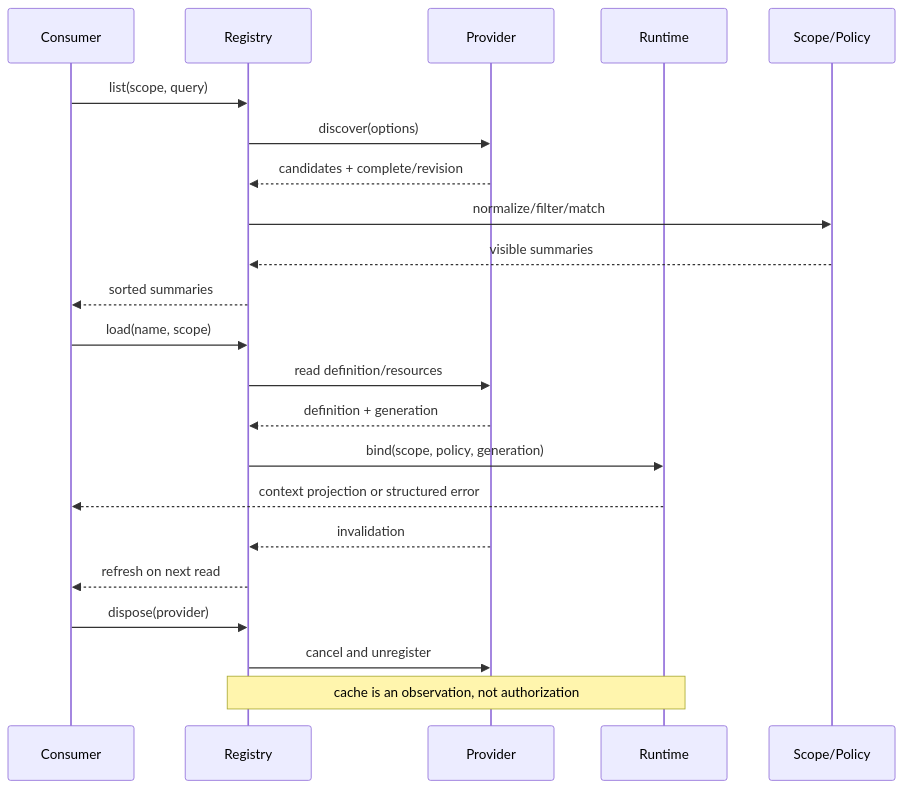
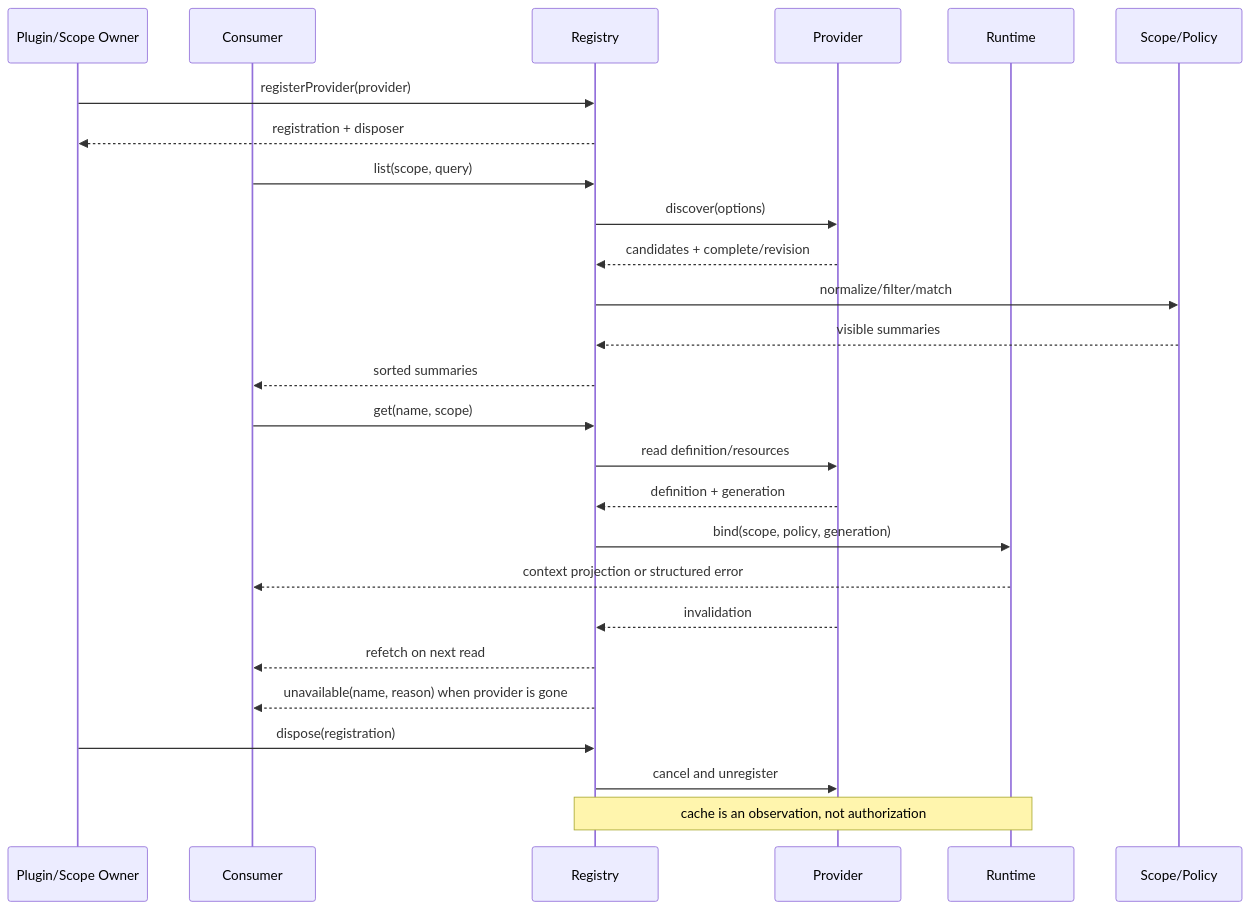
The diagram in docs/courses/agent/07-Skills插件与Hook/03-Skill发现匹配加载与卸载.md (clint-sfy/clintsfy.github.io), drawn with Mermaid before and after one commit. The commit also changed other lines of this file and 17 other files, not shown here.

````diff
--- a/docs/courses/agent/07-Skills插件与Hook/03-Skill发现匹配加载与卸载.md
+++ b/docs/courses/agent/07-Skills插件与Hook/03-Skill发现匹配加载与卸载.md
@@ -77,26 +79,30 @@
 ```mermaid
 sequenceDiagram
+    participant O as Plugin/Scope Owner
     participant C as Consumer
     participant R as Registry
     participant P as Provider
     participant T as Runtime
     participant S as Scope/Policy
 
+    O->>R: registerProvider(provider)
+    R-->>O: registration + disposer
     C->>R: list(scope, query)
     R->>P: discover(options)
     P-->>R: candidates + complete/revision
     R->>S: normalize/filter/match
     S-->>R: visible summaries
     R-->>C: sorted summaries
-    C->>R: load(name, scope)
+    C->>R: get(name, scope)
     R->>P: read definition/resources
     P-->>R: definition + generation
     R->>T: bind(scope, policy, generation)
     T-->>C: context projection or structured error
     P-->>R: invalidation
-    R-->>C: refresh on next read
-    C->>R: dispose(provider)
+    R-->>C: refetch on next read
+    R-->>C: unavailable(name, reason) when provider is gone
+    O->>R: dispose(registration)
     R->>P: cancel and unregister
 
     Note over R,T: cache is an observation, not authorization
 ```
````
